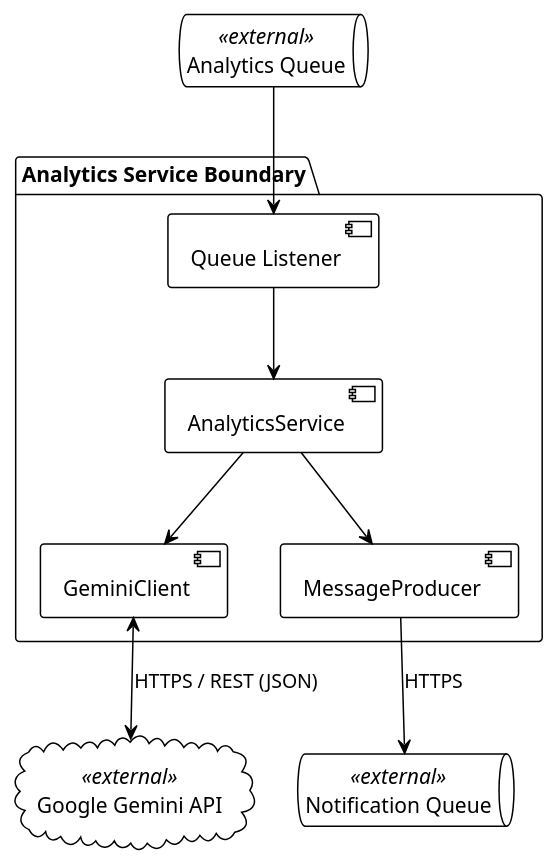
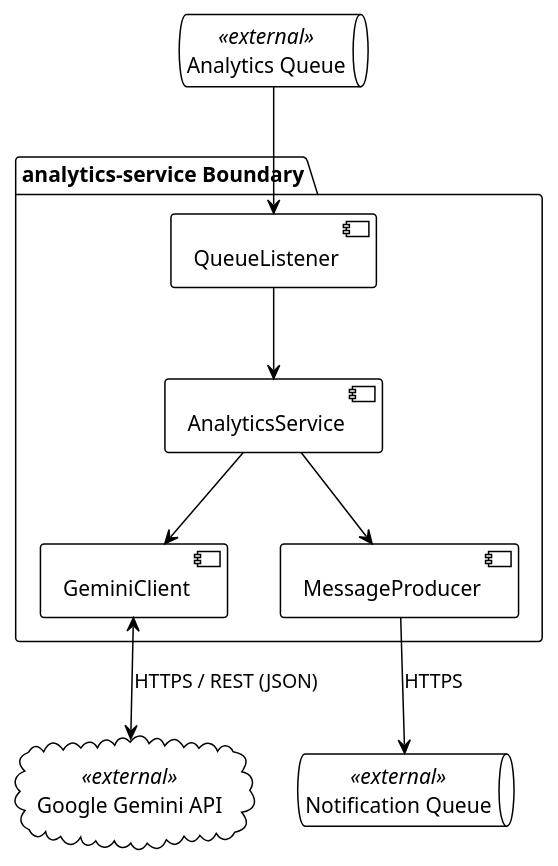
Before and after one commit to apratt3377/fitness-tracker: the diagram in arc42/images/analytics-whitebox.puml, drawn with PlantUML. The commit also changed 45 other files, not shown here.

```diff
--- a/arc42/images/analytics-whitebox.puml
+++ b/arc42/images/analytics-whitebox.puml
@@ -1,30 +1,30 @@
 @startuml
 !theme plain
 
 ' --- EXTERNAL TOP ---
 queue "Analytics Queue" as aq <<external>>
 queue "Notification Queue" as nq <<external>>
 
-package "Analytics Service Boundary" {
-    component [Queue Listener] as listener
+package "analytics-service Boundary" {
+    component [QueueListener] as listener
     component [AnalyticsService] as service
     component [GeminiClient] as aiClient
     component [MessageProducer] as producer
 }
 
 ' --- EXTERNAL CLOUD ---
 cloud "Google Gemini API" as gemini <<external>>
 
 ' --- FLOWS ---
 aq --> listener
 listener --> service
 
 ' THE CRITICAL EXTERNAL ARROW
 service --> aiClient
 aiClient <--> gemini : "HTTPS / REST (JSON)"
 
 ' Final output
 service --> producer
 producer --> nq : HTTPS
 
 @enduml
```
